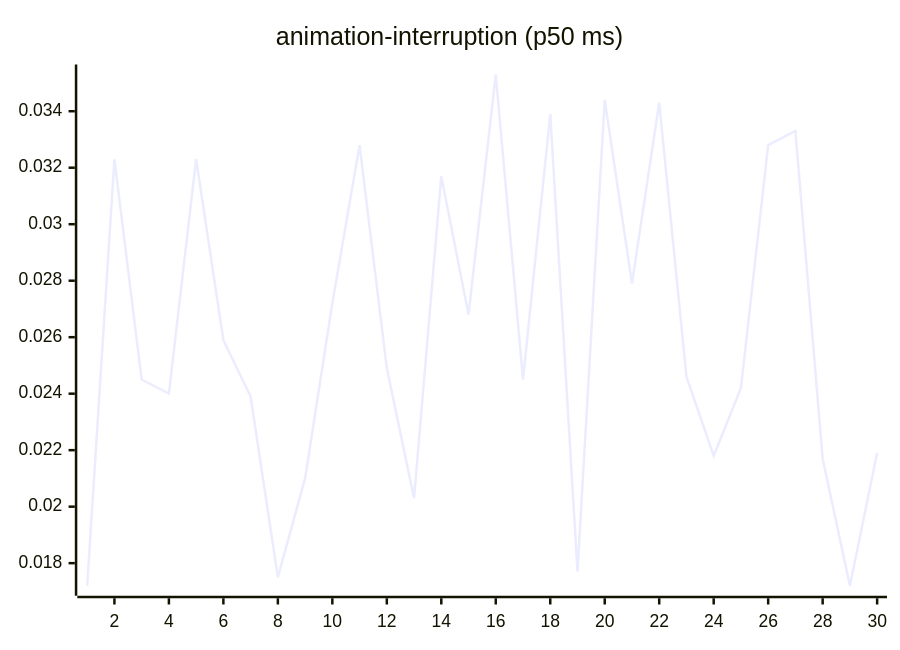
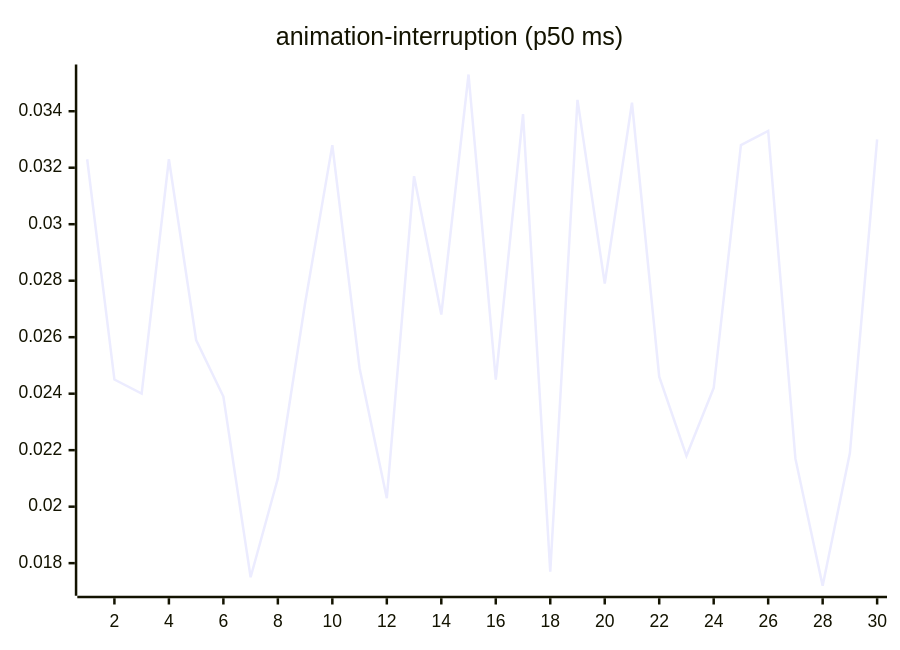
Before and after one commit to josha/Facet: the third of 27 diagrams in README.md, drawn with Mermaid. The commit also changed other lines of this file and 2 other files, not shown here.

````diff
--- a/README.md
+++ b/README.md
@@ -77,6 +77,6 @@
 ```mermaid
 xychart-beta
     title "animation-interruption (p50 ms)"
     x-axis 1 --> 30
-    line [0.0172, 0.0323, 0.0245, 0.0240, 0.0323, 0.0259, 0.0239, 0.0175, 0.0210, 0.0272, 0.0328, 0.0249, 0.0203, 0.0317, 0.0268, 0.0353, 0.0245, 0.0339, 0.0177, 0.0344, 0.0279, 0.0343, 0.0246, 0.0218, 0.0242, 0.0328, 0.0333, 0.0217, 0.0172, 0.0219]
+    line [0.0323, 0.0245, 0.0240, 0.0323, 0.0259, 0.0239, 0.0175, 0.0210, 0.0272, 0.0328, 0.0249, 0.0203, 0.0317, 0.0268, 0.0353, 0.0245, 0.0339, 0.0177, 0.0344, 0.0279, 0.0343, 0.0246, 0.0218, 0.0242, 0.0328, 0.0333, 0.0217, 0.0172, 0.0219, 0.0330]
 ```
````
